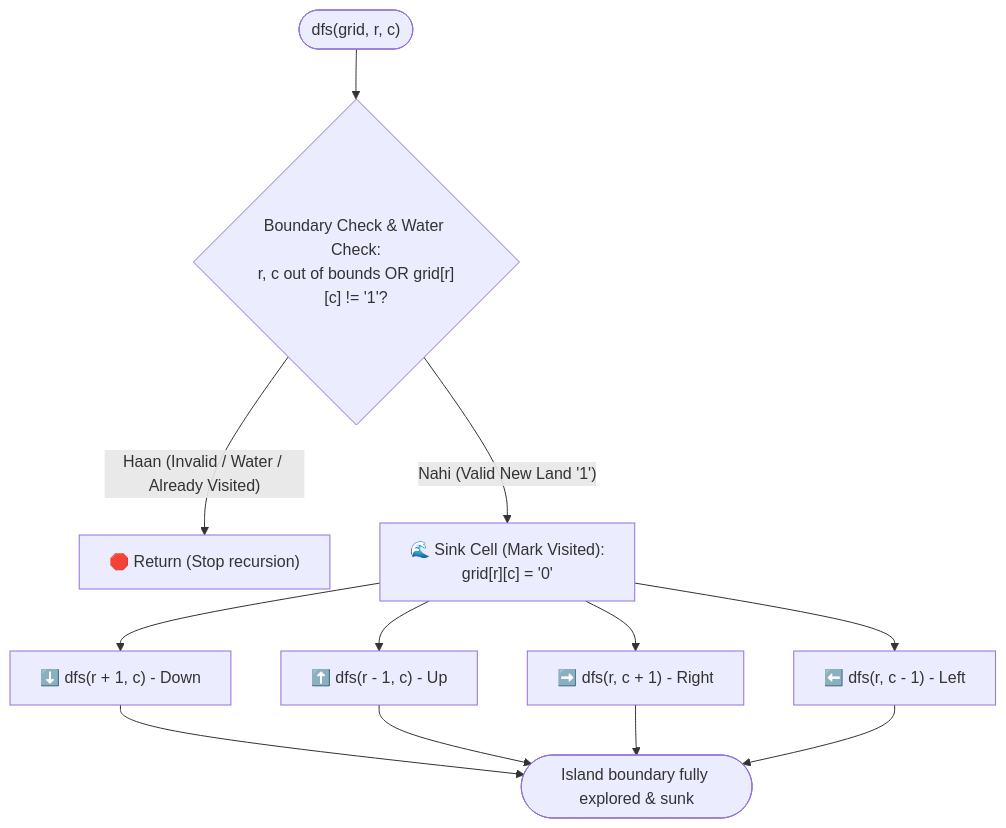
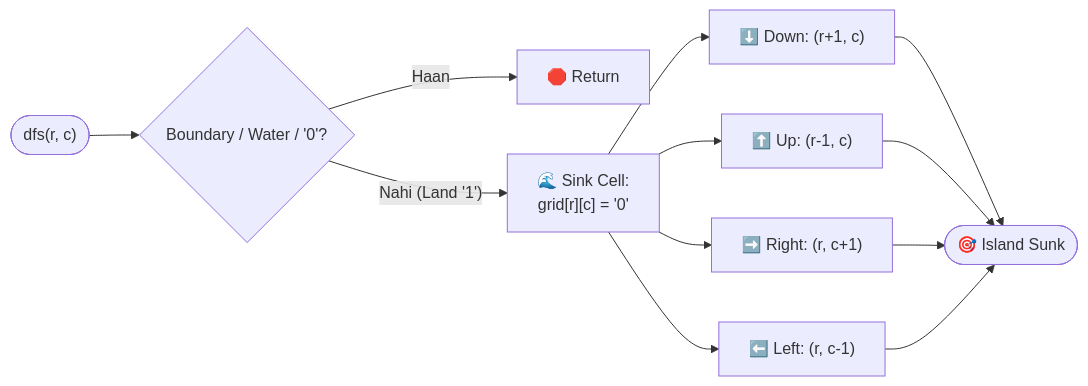
Before and after one commit to Kali-Prem/dsa-logic-building-playbook: the tenth of 11 diagrams in README.md, drawn with Mermaid. The commit also changed other lines of this file, not shown here.

Commit message:
optimize flowcharts to compact horizontal LR layout for GitHub

````diff
--- a/README.md
+++ b/README.md
@@ -1465,18 +1434,11 @@
 ```mermaid
-flowchart TD
-    Call(["dfs(grid, r, c)"]) --> Check{"Boundary Check & Water Check:<br/>r, c out of bounds OR grid[r][c] != '1'?"}
-    
-    Check -->|"Haan (Invalid / Water / Already Visited)"| ReturnBase["🛑 Return (Stop recursion)"]
-    
-    Check -->|"Nahi (Valid New Land '1')"| Sink["🌊 Sink Cell (Mark Visited):<br/>grid[r][c] = '0'"]
-    
-    Sink --> Dir1["⬇️ dfs(r + 1, c) - Down"]
-    Sink --> Dir2["⬆️ dfs(r - 1, c) - Up"]
-    Sink --> Dir3["➡️ dfs(r, c + 1) - Right"]
-    Sink --> Dir4["⬅️ dfs(r, c - 1) - Left"]
-    
-    Dir1 --> Finish(["Island boundary fully explored & sunk"])
-    Dir2 --> Finish
-    Dir3 --> Finish
-    Dir4 --> Finish
+flowchart LR
+    Call(["dfs(r, c)"]) --> Check{"Boundary / Water / '0'?"}
+    Check -->|"Haan"| Stop["🛑 Return"]
+    Check -->|"Nahi (Land '1')"| Sink["🌊 Sink Cell:<br/>grid[r][c] = '0'"]
+    Sink --> D1["⬇️ Down: (r+1, c)"]
+    Sink --> D2["⬆️ Up: (r-1, c)"]
+    Sink --> D3["➡️ Right: (r, c+1)"]
+    Sink --> D4["⬅️ Left: (r, c-1)"]
+    D1 & D2 & D3 & D4 --> Done(["🎯 Island Sunk"])
 ```
````
